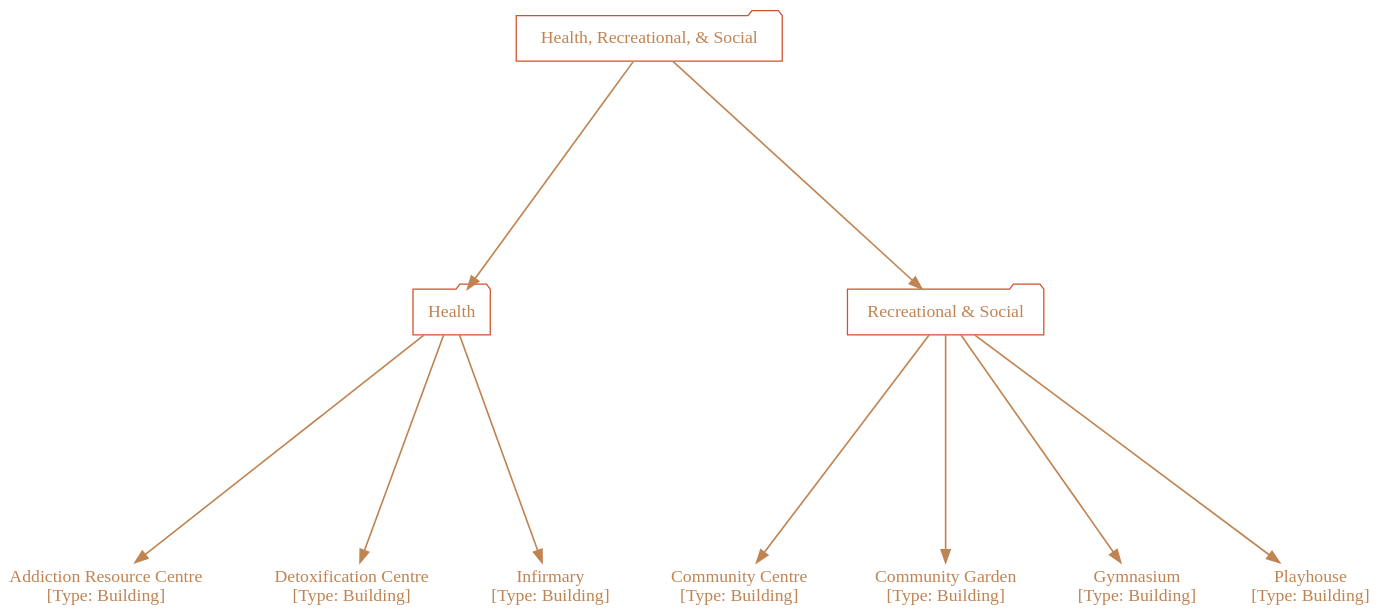
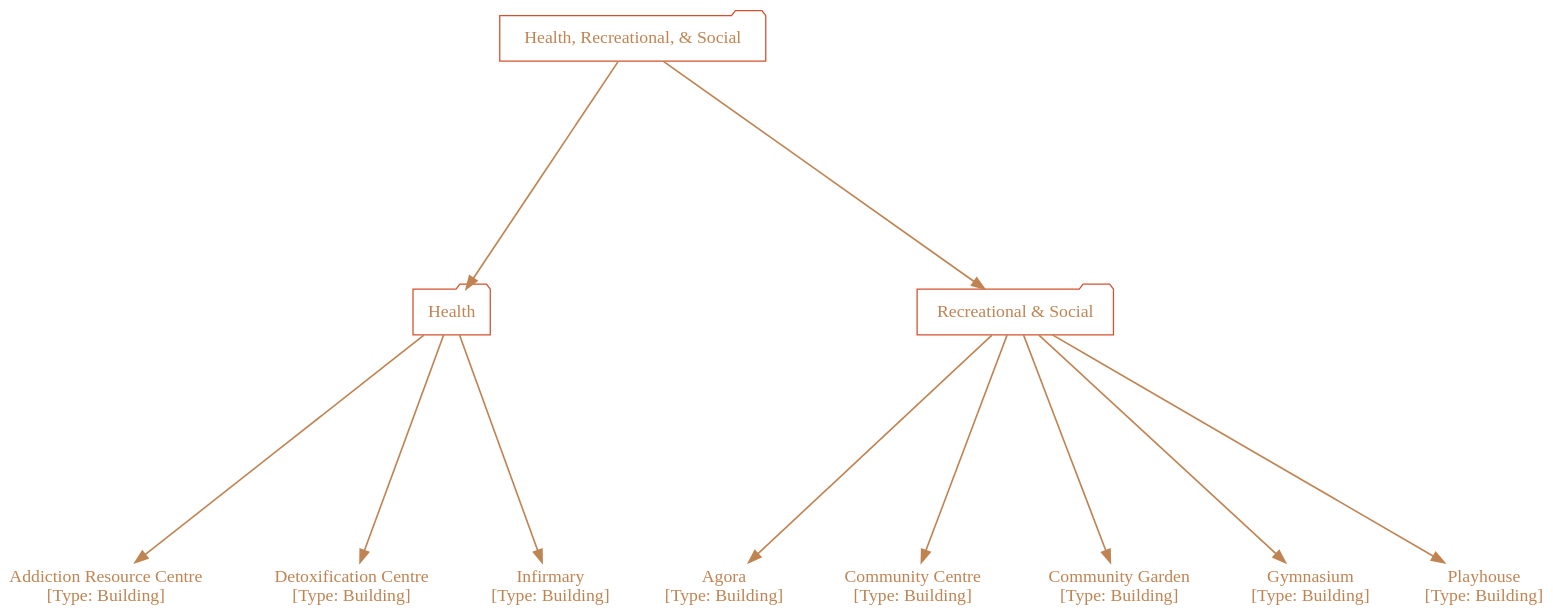
One commit to cartesiantheatre/handbook changed the diagram in Handbook/Game_Mechanics/Graphviz/Units_User_Basic_Health_Recreational_and_Social.dot.gv. Above: the diagram before and after it, drawn with Graphviz.

Commit message:
Added: Handbook new building unit, the agora... Updated: More work on the VLR graphical user interface...

```diff
--- a/Handbook/Game_Mechanics/Graphviz/Units_User_Basic_Health_Recreational_and_Social.dot.gv
+++ b/Handbook/Game_Mechanics/Graphviz/Units_User_Basic_Health_Recreational_and_Social.dot.gv
@@ -1,57 +1,59 @@
 /*
   This is part of the Avaneya Project Crew Handbook.
   Copyright (C) 2010, 2011, 2012
     Cartesian Theatre.
   See the file License for copying conditions.
   
   To manually compile:
       $ sudo aptitude install graphviz
       $ twopi -Tpdf Units_User_Basic_Health_Recreational_and_Social.twopi.gv -o Units_User_Basic_Health_Recreational_and_Social.pdf
 */
 
 digraph Units_User_Basic_Health_Recreational_and_Social
 {
     // Graph attributes...
 	bgcolor="transparent";
 	margin="0";
 	ratio="auto";
     ranksep="2.5";
     pad="0.5,0.5";
     compound="true";
     overlap="vpsc";
     root="Health, Recreational, & Social";
 
 	// Node attributes...
 	node[color="#d3502dff"];
 	node[fillcolor="gray10"];
     node[fontcolor="#c08453ff"];
     node[fontname="Ubuntu"];
     node[shape="none"]
 	
 	// Edge attributes...
 	edge[color="#c08453ff"];
 	edge[penwidth="1.3"];
 
     // Units...
     "Addiction Resource Centre"[label="Addiction Resource Centre\n[Type: Building]"];
+    "Agora"[label="Agora\n[Type: Building]"];
     "Community Centre"[label="Community Centre\n[Type: Building]"];
     "Community Garden"[label="Community Garden\n[Type: Building]"];
     "Detoxification Centre"[label="Detoxification Centre\n[Type: Building]"];
     "Gymnasium"[label="Gymnasium\n[Type: Building]"];
     "Infirmary"[label="Infirmary\n[Type: Building]"];
     "Playhouse"[label="Playhouse\n[Type: Building]"];
 
     // Categorical relations, but not build dependencies...
     "Health, Recreational, & Social"[shape="folder"];
         "Health"[shape="folder"];
         "Health, Recreational, & Social" -> "Health";
             "Health" -> "Addiction Resource Centre";
             "Health" -> "Detoxification Centre";
             "Health" -> "Infirmary";
         "Recreational & Social"[shape="folder"];
         "Health, Recreational, & Social" -> "Recreational & Social";
+            "Recreational & Social" -> "Agora";
             "Recreational & Social" -> "Community Centre";
             "Recreational & Social" -> "Community Garden";
             "Recreational & Social" -> "Gymnasium";
             "Recreational & Social" -> "Playhouse";
 }
```
